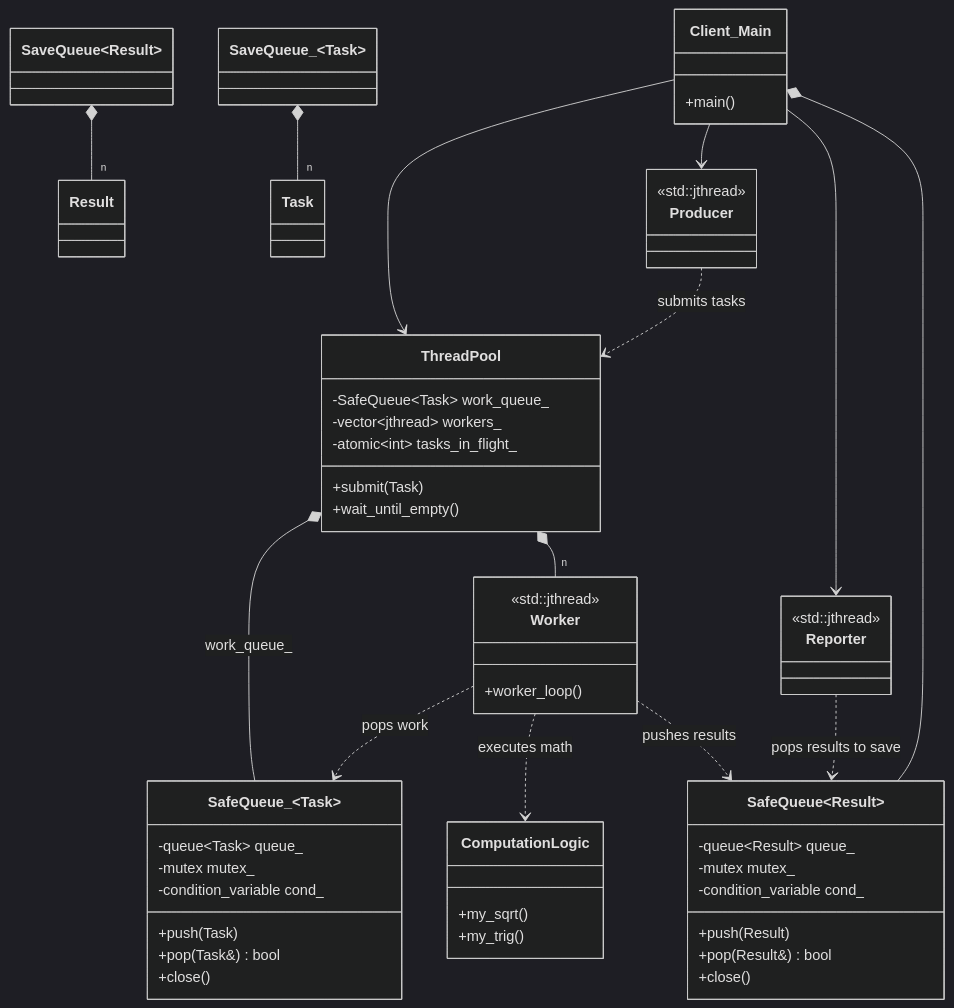
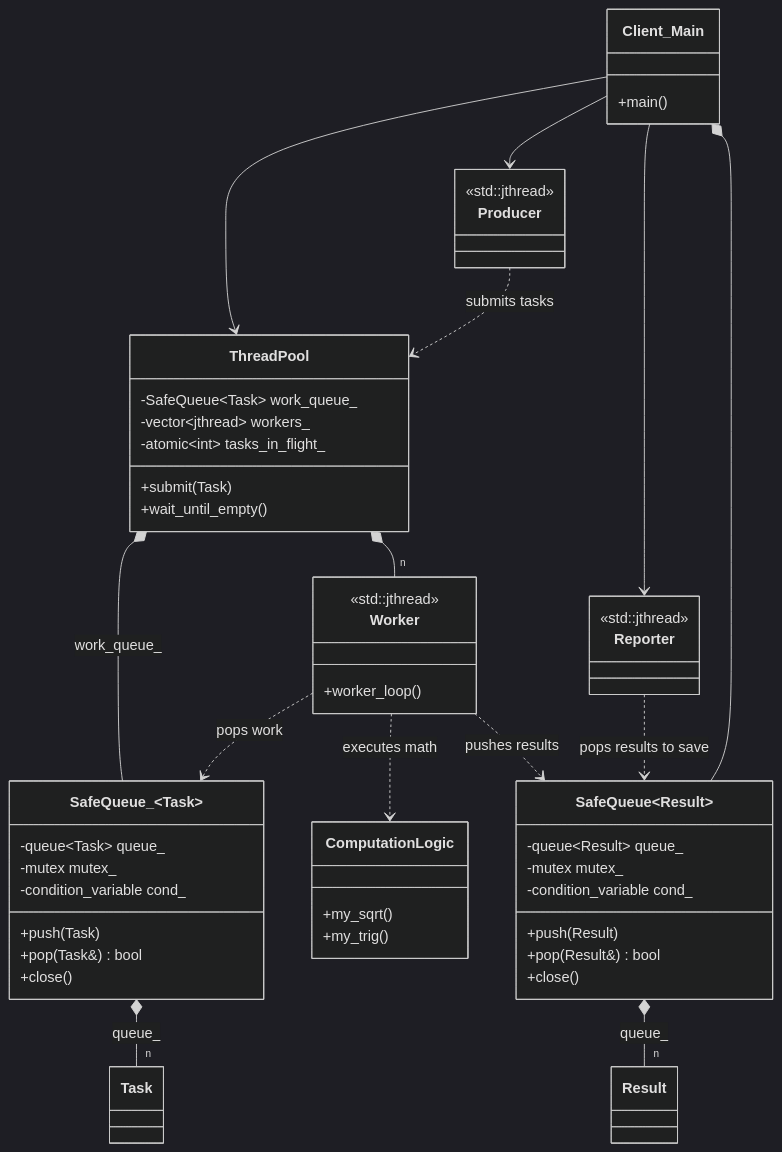
Before and after one commit to MarioGalindoQ/Modern-CPP-Design-Patterns: the diagram in 34_ThreadPool/README.md, drawn with Mermaid (dark theme). The commit also changed 1 other file, not shown here.

Commit message:
Improve UML

````diff
--- a/34_ThreadPool/README.md
+++ b/34_ThreadPool/README.md
@@ -70,79 +70,79 @@
 ```mermaid
 classDiagram
    class SafeQueue_~Task~ {
       -queue~Task~ queue_
       -mutex mutex_
       -condition_variable cond_
       +push(Task)
       +pop(Task&) bool
       +close()
    }
 
    class SafeQueue~Result~ {
       -queue~Result~ queue_
       -mutex mutex_
       -condition_variable cond_
       +push(Result)
       +pop(Result&) bool
       +close()
    }
 
    class ThreadPool {
       -SafeQueue~Task~ work_queue_
       -vector~jthread~ workers_
       -atomic~int~ tasks_in_flight_
       +submit(Task)
       +wait_until_empty()
    }
 
    class Worker {
       <<std::jthread>>
       +worker_loop()
    }
 
    class Result {
    }
 
    class Task {
    }
 
    class Client_Main {
       +main()
    }
 
    class Producer {
       <<std::jthread>>
    }
 
    class Reporter {
       <<std::jthread>>
    }
 
    class ComputationLogic {
       +my_sqrt()
       +my_trig()
    }
 
    %% The Pool owns its internal components
    ThreadPool *-- SafeQueue_~Task~ : work_queue_
    ThreadPool *-- "n" Worker
 
-   %% Tasks in SaveQueue~Task~
-   SaveQueue_~Task~ *-- "n" Task
+   %% Tasks in SafeQueue~Task~
+   SafeQueue_~Task~ *-- "n" Task : queue_
 
-   %% Results in SaveQueue~Result~
-   SaveQueue~Result~ *-- "n" Result
+   %% Results in SafeQueue~Result~
+   SafeQueue~Result~ *-- "n" Result : queue_
 
    %% The Client (Main) creates the high-level infrastructure
    Client_Main --> ThreadPool
    Client_Main --> Producer
    Client_Main --> Reporter
    Client_Main *-- SafeQueue~Result~
 
    %% Operational dependencies
    Producer ..> ThreadPool : submits tasks
    Worker ..> SafeQueue_~Task~ : pops work
    Worker ..> ComputationLogic : executes math
    Worker ..> SafeQueue~Result~ : pushes results
    Reporter ..> SafeQueue~Result~ : pops results to save
 ```
````
